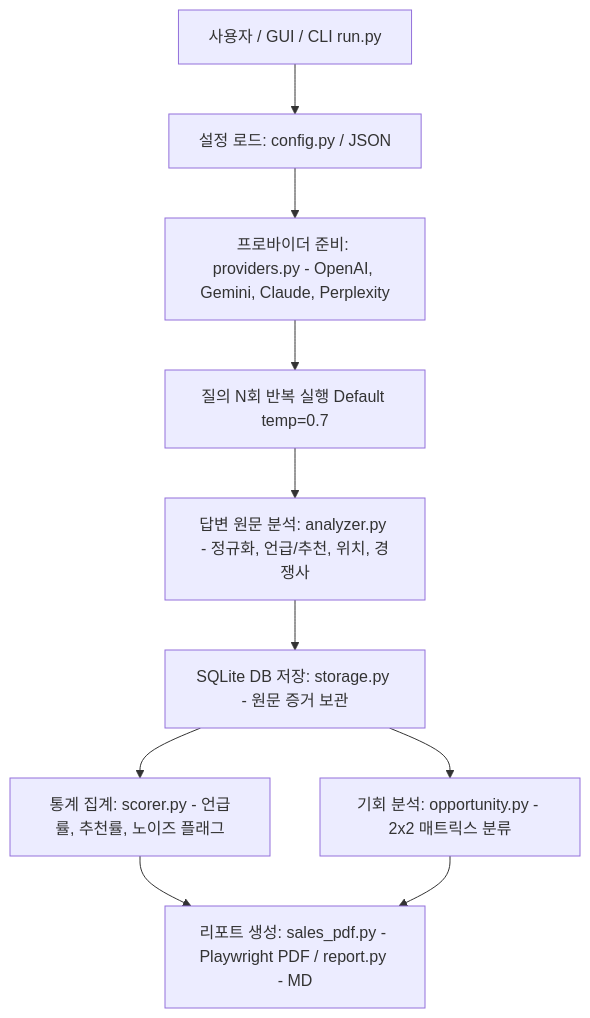
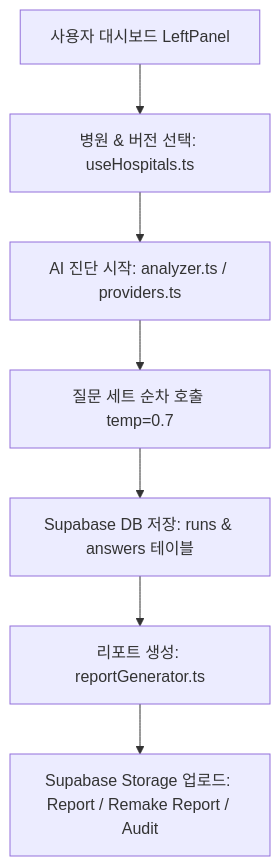
Before and after one commit to yujinit2005-png/lua_visibility: the diagram in mdFile/Context.md, drawn with Mermaid. The commit also changed other lines of this file and 3 other files, not shown here.

````diff
--- a/mdFile/Context.md
+++ b/mdFile/Context.md
@@ -67,11 +70,9 @@
 ```mermaid
 flowchart TD
-    A[사용자 / GUI / CLI run.py] --> B[설정 로드: config.py / JSON]
-    B --> C[프로바이더 준비: providers.py - OpenAI, Gemini, Claude, Perplexity]
-    C --> D[질의 N회 반복 실행 Default temp=0.7]
-    D --> E[답변 원문 분석: analyzer.py - 정규화, 언급/추천, 위치, 경쟁사]
-    E --> F[SQLite DB 저장: storage.py - 원문 증거 보관]
-    F --> G[통계 집계: scorer.py - 언급률, 추천률, 노이즈 플래그]
-    F --> H[기회 분석: opportunity.py - 2x2 매트릭스 분류]
-    G & H --> I[리포트 생성: sales_pdf.py - Playwright PDF / report.py - MD]
+    A[사용자 대시보드 LeftPanel] --> B[병원 & 버전 선택: useHospitals.ts]
+    B --> C[AI 진단 시작: analyzer.ts / providers.ts]
+    C --> D[질문 세트 순차 호출 temp=0.7]
+    D --> E[Supabase DB 저장: runs & answers 테이블]
+    E --> F[리포트 생성: reportGenerator.ts]
+    F --> G[Supabase Storage 업로드: Report / Remake Report / Audit]
 ```
````
